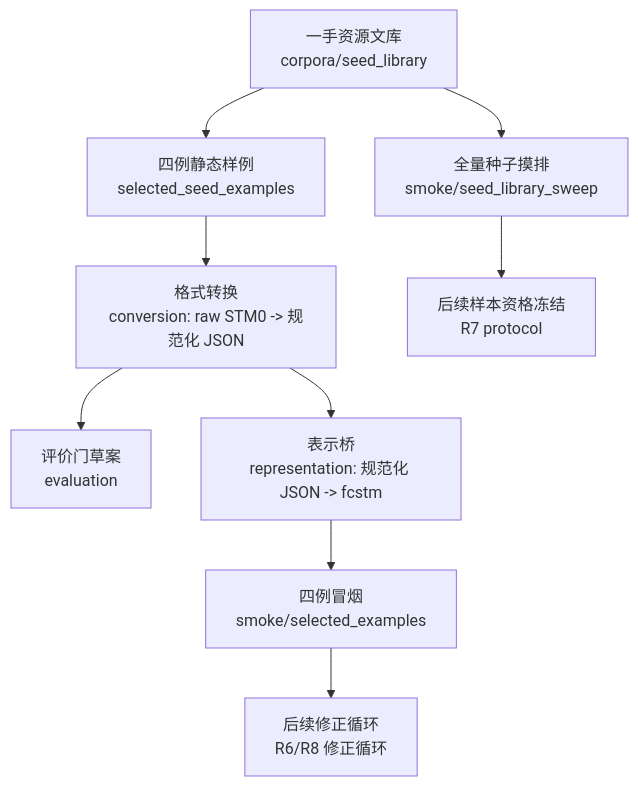
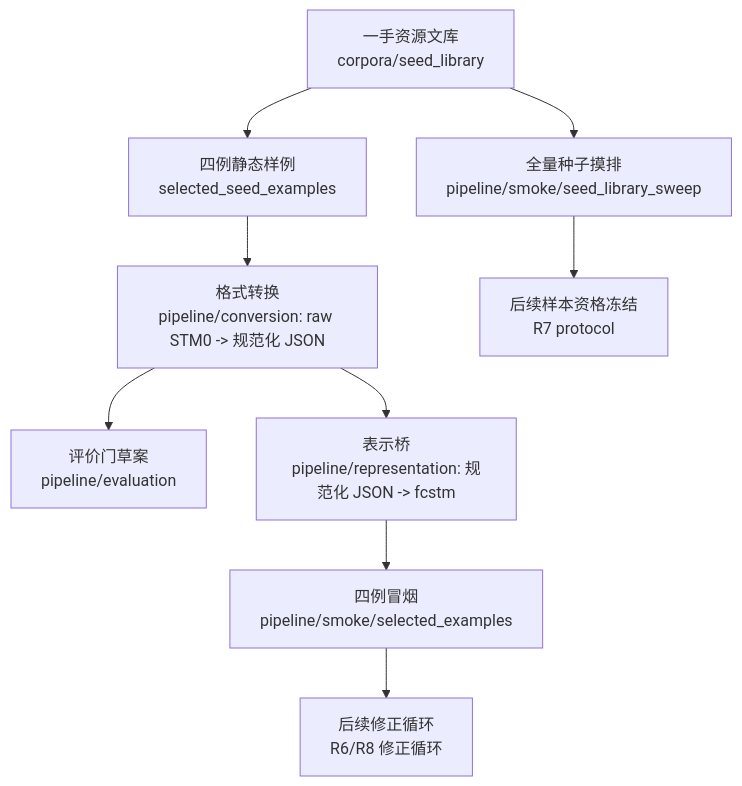
One commit to HansBug/research_ideas changed the diagram in project_1_llm_state_machine_modeling/paper_stm_repair/README.md. Above: the diagram before and after it, drawn with Mermaid. The commit also changed other lines of this file and 248 other files, not shown here.

````diff
--- a/project_1_llm_state_machine_modeling/paper_stm_repair/README.md
+++ b/project_1_llm_state_machine_modeling/paper_stm_repair/README.md
@@ -27,11 +28,11 @@
 ```mermaid
 flowchart TD
   A[一手资源文库<br/>corpora/seed_library] --> B[四例静态样例<br/>selected_seed_examples]
-  A --> C[全量种子摸排<br/>smoke/seed_library_sweep]
-  B --> D[格式转换<br/>conversion: raw STM0 -> 规范化 JSON]
-  D --> E[评价门草案<br/>evaluation]
-  D --> F[表示桥<br/>representation: 规范化 JSON -> fcstm]
-  F --> G[四例冒烟<br/>smoke/selected_examples]
+  A --> C[全量种子摸排<br/>pipeline/smoke/seed_library_sweep]
+  B --> D[格式转换<br/>pipeline/conversion: raw STM0 -> 规范化 JSON]
+  D --> E[评价门草案<br/>pipeline/evaluation]
+  D --> F[表示桥<br/>pipeline/representation: 规范化 JSON -> fcstm]
+  F --> G[四例冒烟<br/>pipeline/smoke/selected_examples]
   C --> H[后续样本资格冻结<br/>R7 protocol]
   G --> I[后续修正循环<br/>R6/R8 修正循环]
 ```
````
